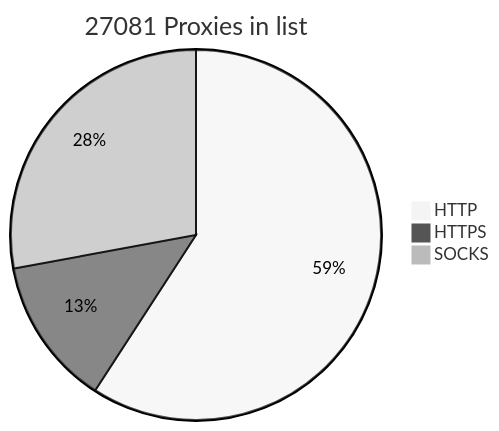
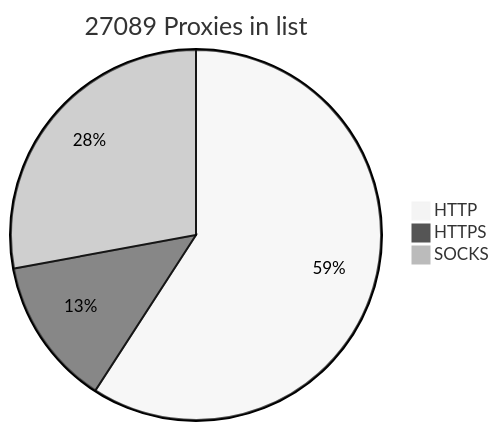
One commit to BlackSnowDot/proxylist-update-every-minute changed the diagram in README.md. Above: the diagram before and after it, drawn with Mermaid (neutral theme).

````diff
--- a/README.md
+++ b/README.md
@@ -2,6 +2,6 @@
 ```mermaid
-pie title 27081 Proxies in list
-    "HTTP" : 17657
-    "HTTPS": 3863
-    "SOCKS" : 8327
+pie title 27089 Proxies in list
+    "HTTP" : 17658
+    "HTTPS": 3871
+    "SOCKS" : 8329
 ```
````
